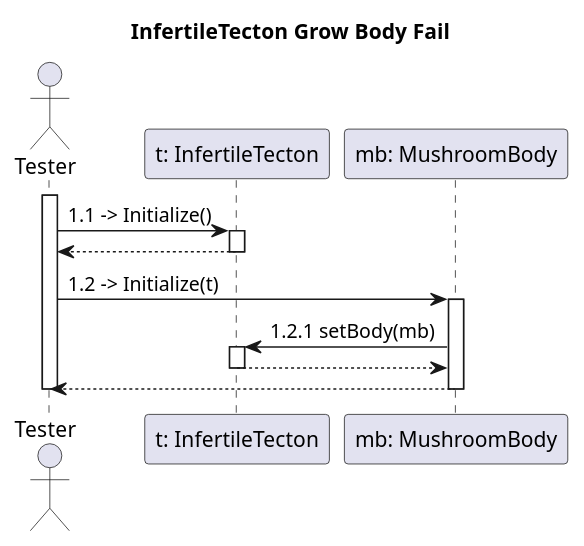
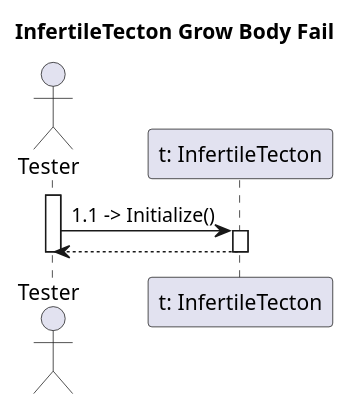
The diagram in diagrams/communication/tecton5.puml (dzsem/projlab), drawn with PlantUML before and after one commit.

Commit message:
hopefully fixed tecton5.puml

```diff
--- a/diagrams/communication/tecton5.puml
+++ b/diagrams/communication/tecton5.puml
@@ -4,30 +4,18 @@
 @startuml communicationTecton5
 
 title InfertileTecton Grow Body Fail
 
 actor "Tester" as ts
 participant "t: InfertileTecton" as t
-participant "mb: MushroomBody" as mb
 
 activate ts
 
 ' inicializálás
 ts -> t: 1.1 -> Initialize()
 activate t
 ts <-- t
 deactivate t
 
-ts -> mb: 1.2 -> Initialize(t)
-activate mb
-
-mb -> t: 1.2.1 setBody(mb)
-activate t
-mb <-- t
-deactivate t 
-
-ts <-- mb
-deactivate mb
-
 deactivate ts
 
 @enduml
```
